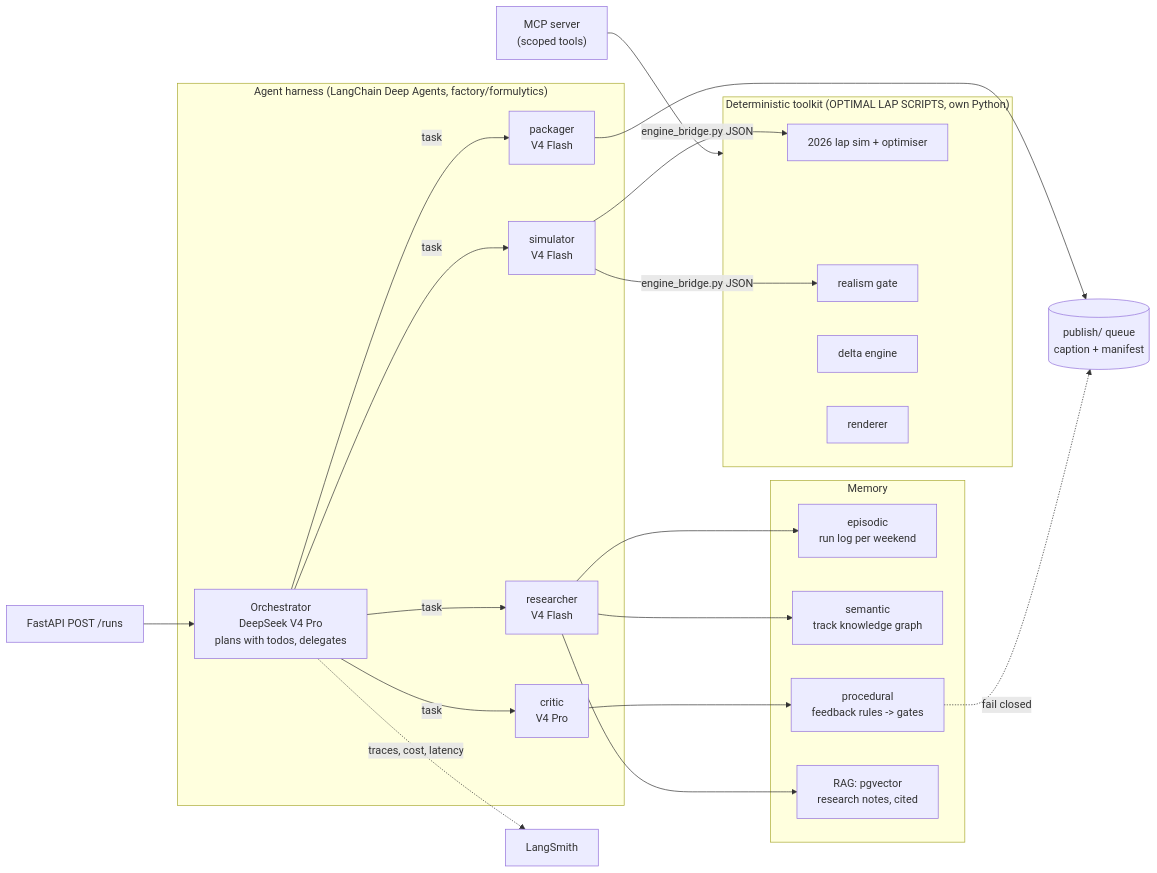
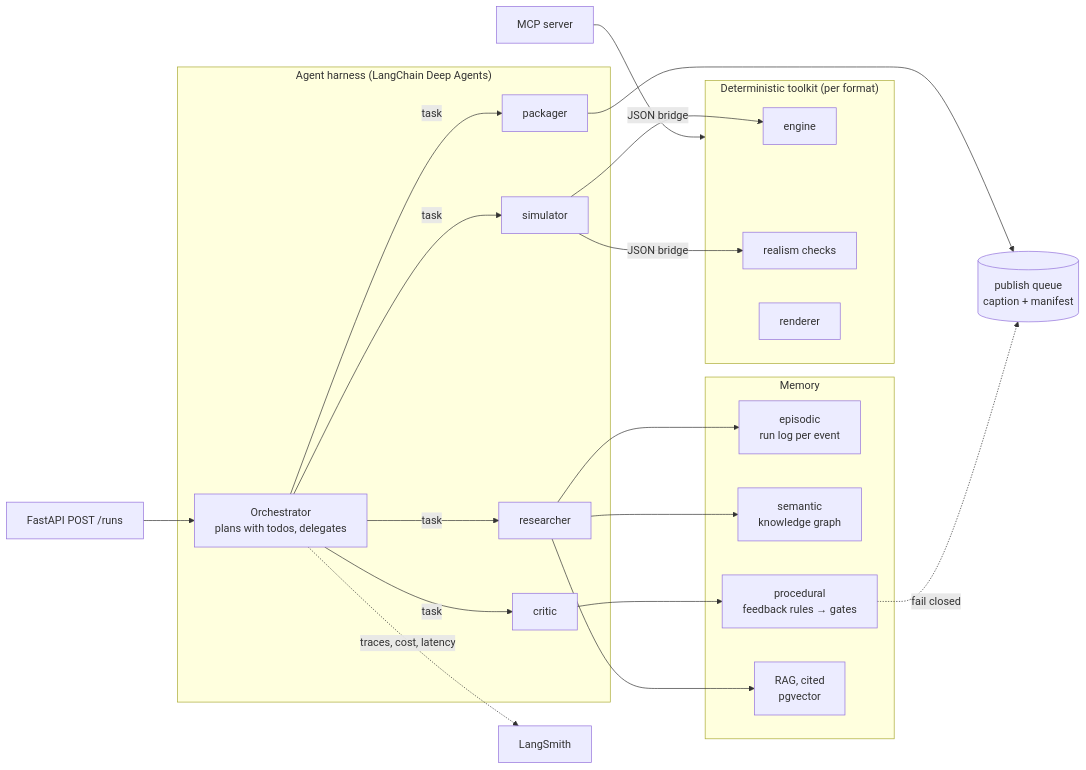
The second of 2 diagrams in README.md (lohithburra01/Formulytics-Content-Factory), drawn with Mermaid before and after one commit. The commit also changed other lines of this file and 8 other files, not shown here.

````diff
--- a/README.md
+++ b/README.md
@@ -68,31 +171,30 @@
 ```mermaid
 flowchart LR
-  subgraph Harness["Agent harness (LangChain Deep Agents, factory/formulytics)"]
-    O["Orchestrator<br/>DeepSeek V4 Pro<br/>plans with todos, delegates"]
-    R["researcher<br/>V4 Flash"]
-    S["simulator<br/>V4 Flash"]
-    C["critic<br/>V4 Pro"]
-    P["packager<br/>V4 Flash"]
+  subgraph Harness["Agent harness (LangChain Deep Agents)"]
+    O["Orchestrator<br/>plans with todos, delegates"]
+    R["researcher"]
+    S["simulator"]
+    C["critic"]
+    P["packager"]
     O -->|task| R & S & C & P
   end
-  subgraph Toolkit["Deterministic toolkit (OPTIMAL LAP SCRIPTS, own Python)"]
-    SIM["2026 lap sim + optimiser"]
-    GATE["realism gate"]
-    DELTA["delta engine"]
+  subgraph Toolkit["Deterministic toolkit (per format)"]
+    SIM["engine"]
+    GATE["realism checks"]
     REN["renderer"]
   end
   subgraph Memory
-    EP["episodic<br/>run log per weekend"]
-    SEM["semantic<br/>track knowledge graph"]
-    PROC["procedural<br/>feedback rules -> gates"]
-    RAG["RAG: pgvector<br/>research notes, cited"]
+    EP["episodic<br/>run log per event"]
+    SEM["semantic<br/>knowledge graph"]
+    PROC["procedural<br/>feedback rules → gates"]
+    RAG["RAG, cited<br/>pgvector"]
   end
-  S -->|engine_bridge.py JSON| SIM & GATE
+  S -->|JSON bridge| SIM & GATE
   R --> SEM & EP & RAG
   C --> PROC
-  P --> Q[("publish/ queue<br/>caption + manifest")]
+  P --> Q[("publish queue<br/>caption + manifest")]
   PROC -. fail closed .-> Q
-  MCP["MCP server<br/>(scoped tools)"] --> Toolkit
+  MCP["MCP server"] --> Toolkit
   API["FastAPI POST /runs"] --> O
   O -. traces, cost, latency .-> LS["LangSmith"]
 ```
````
